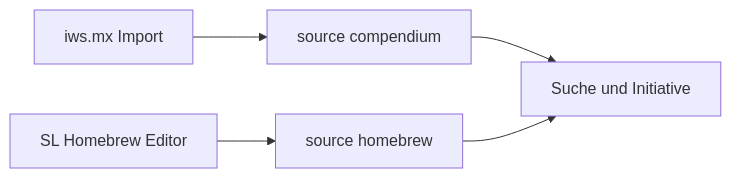
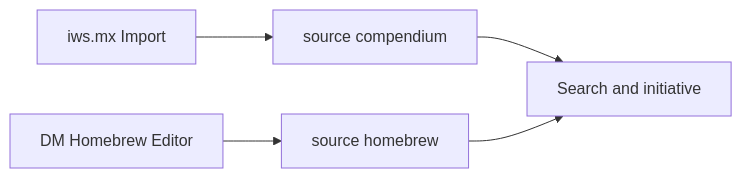
Before and after one commit to BlackScyther/alter_ego: the third of 4 diagrams in PROJECT.md, drawn with Mermaid. The commit also changed other lines of this file and 8 other files, not shown here.

````diff
--- a/PROJECT.md
+++ b/PROJECT.md
@@ -299,7 +299,7 @@
 ```mermaid
 flowchart LR
   iws[iws.mx Import] --> comp[source compendium]
-  editor[SL Homebrew Editor] --> hb[source homebrew]
-  comp --> search[Suche und Initiative]
+  editor[DM Homebrew Editor] --> hb[source homebrew]
+  comp --> search[Search and initiative]
   hb --> search
 ```
````
